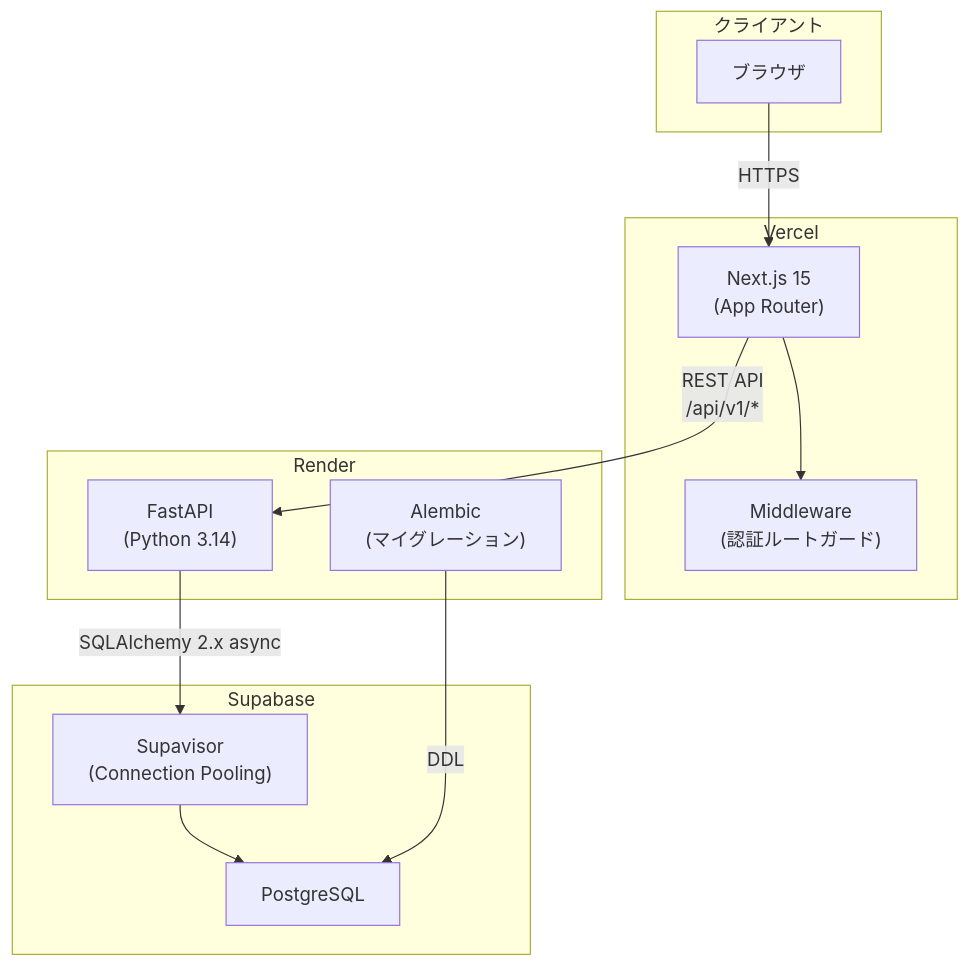
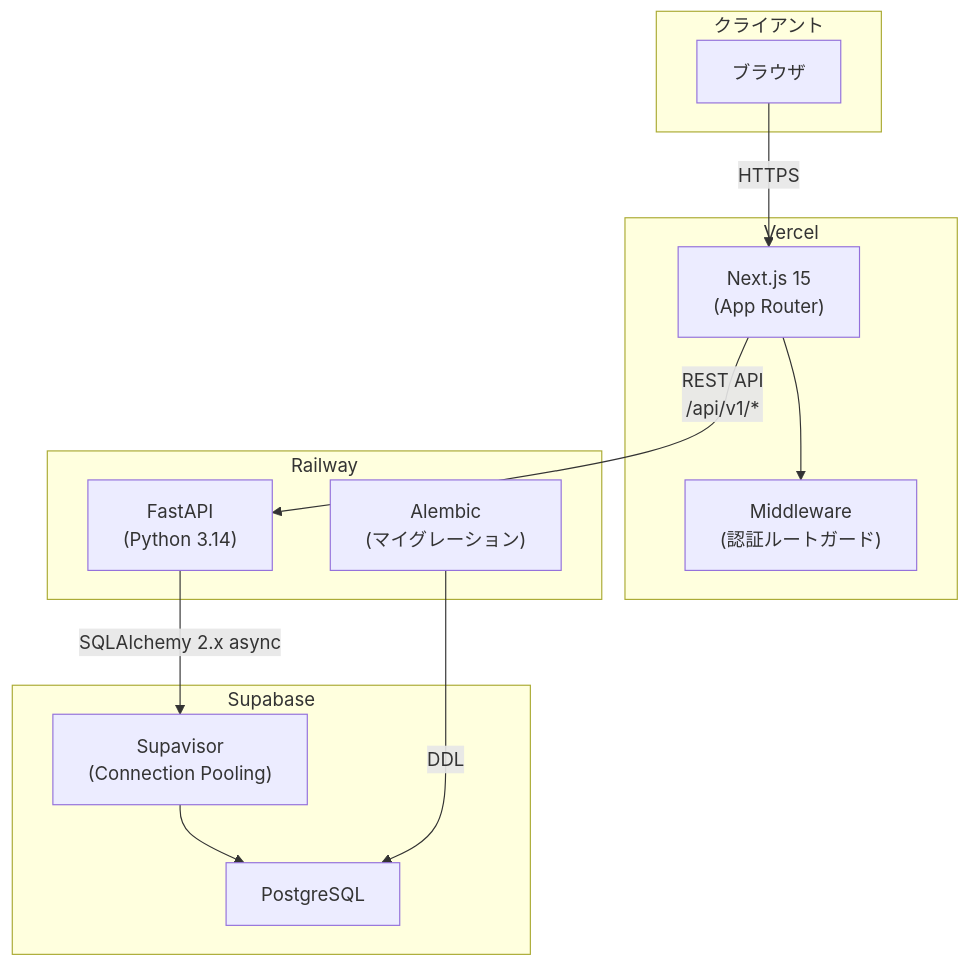
The first of 8 diagrams in docs/ARCHITECTURE.md (kensan914/claude-sandbox-report), drawn with Mermaid before and after one commit. The commit also changed other lines of this file, not shown here.

````diff
--- a/docs/ARCHITECTURE.md
+++ b/docs/ARCHITECTURE.md
@@ -5,28 +5,28 @@
 ```mermaid
 graph TB
     subgraph Client["クライアント"]
         Browser["ブラウザ"]
     end
 
     subgraph Vercel["Vercel"]
         NextJS["Next.js 15<br>(App Router)"]
         Middleware["Middleware<br>(認証ルートガード)"]
     end
 
-    subgraph Render["Render"]
+    subgraph Railway["Railway"]
         FastAPI["FastAPI<br>(Python 3.14)"]
         Alembic["Alembic<br>(マイグレーション)"]
     end
 
     subgraph Supabase["Supabase"]
         PostgreSQL["PostgreSQL"]
         Supavisor["Supavisor<br>(Connection Pooling)"]
     end
 
     Browser -->|HTTPS| NextJS
     NextJS --> Middleware
     NextJS -->|REST API<br>/api/v1/*| FastAPI
     FastAPI -->|SQLAlchemy 2.x async| Supavisor
     Supavisor --> PostgreSQL
     Alembic -->|DDL| PostgreSQL
 ```
````
